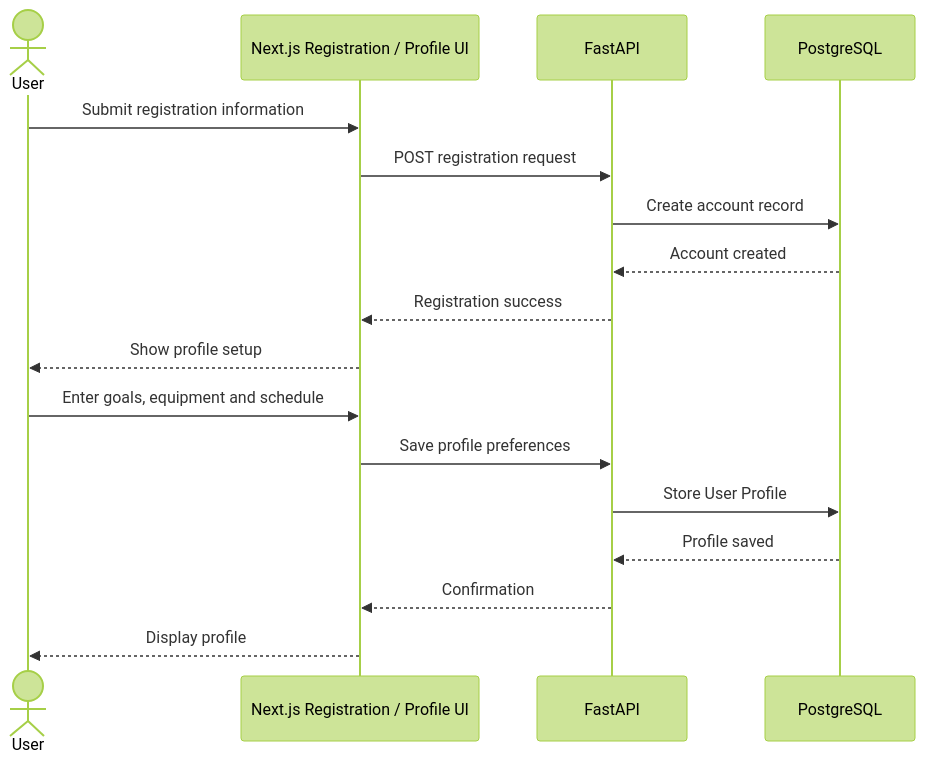
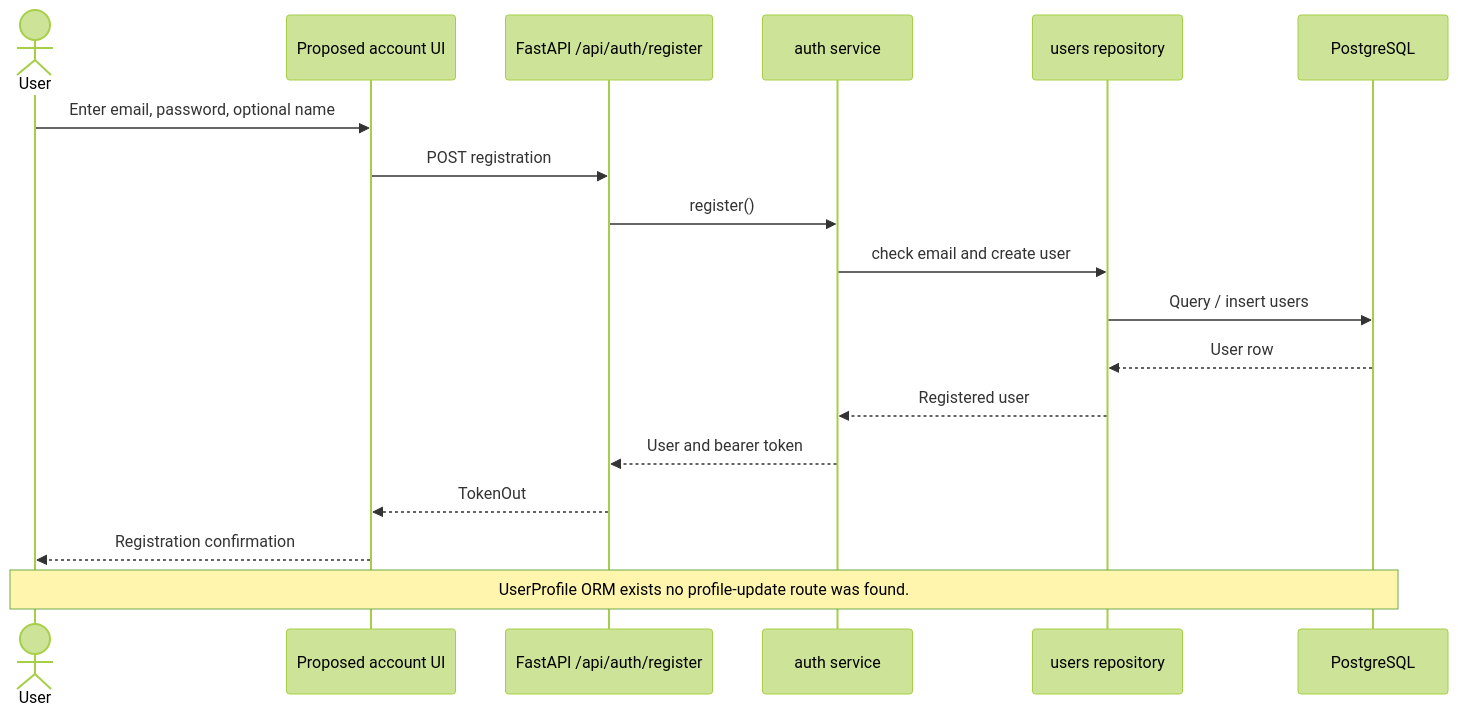
Before and after one commit to SFSU-CSC648-TeamOne/SFSU-csc648-06-Fall26-team01: the second of 7 diagrams in milestones/m2/high-lvl-uml.md, drawn with Mermaid (forest theme). The commit also changed other lines of this file and 1 other file, not shown here.

Commit message:
Updated archtecture and high-lvl-uml to reflect recent changes to repo.

````diff
--- a/milestones/m2/high-lvl-uml.md
+++ b/milestones/m2/high-lvl-uml.md
@@ -78,20 +110,20 @@
 ```mermaid
 sequenceDiagram
     actor User
-    participant UI as Next.js Registration / Profile UI
-    participant API as FastAPI
+    participant UI as Proposed account UI
+    participant Auth as FastAPI /api/auth/register
+    participant Service as auth service
+    participant Repo as users repository
     participant DB as PostgreSQL
-
-    User->>UI: Submit registration information
-    UI->>API: POST registration request
-    API->>DB: Create account record
-    DB-->>API: Account created
-    API-->>UI: Registration success
-    UI-->>User: Show profile setup
-    User->>UI: Enter goals, equipment and schedule
-    UI->>API: Save profile preferences
-    API->>DB: Store User Profile
-    DB-->>API: Profile saved
-    API-->>UI: Confirmation
-    UI-->>User: Display profile
+    User->>UI: Enter email, password, optional name
+    UI->>Auth: POST registration
+    Auth->>Service: register()
+    Service->>Repo: check email and create user
+    Repo->>DB: Query / insert users
+    DB-->>Repo: User row
+    Repo-->>Service: Registered user
+    Service-->>Auth: User and bearer token
+    Auth-->>UI: TokenOut
+    UI-->>User: Registration confirmation
+    Note over User,DB: UserProfile ORM exists no profile-update route was found.
 ```
````
